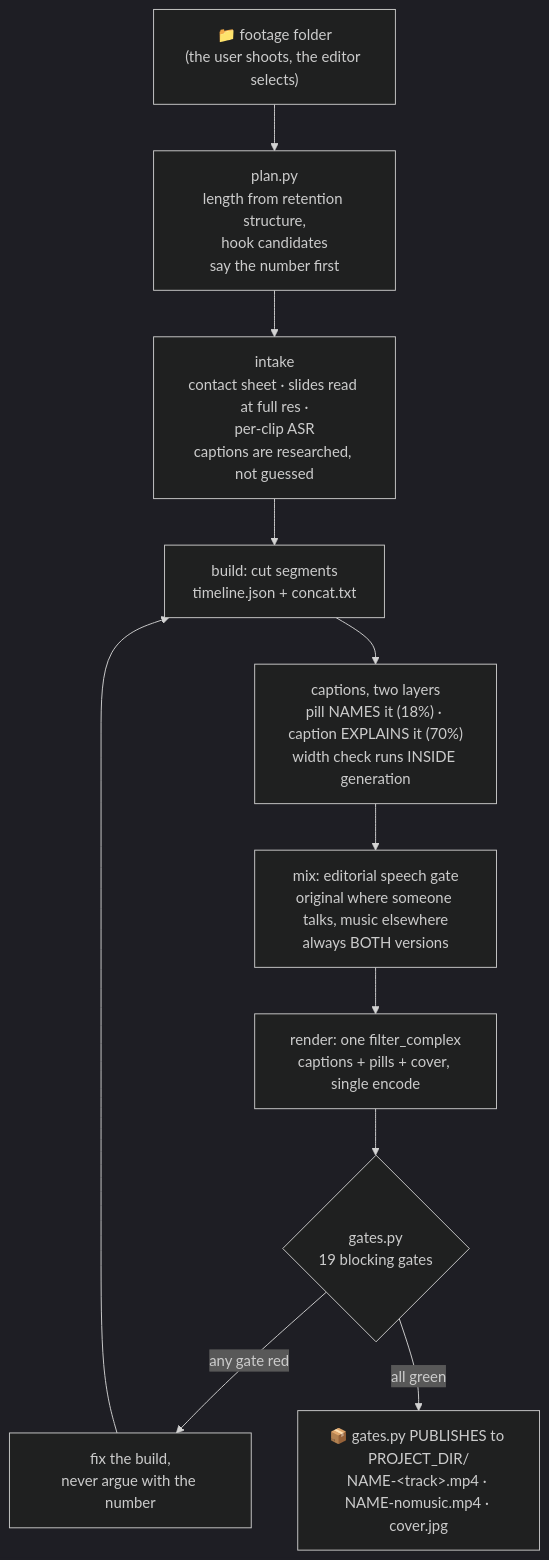
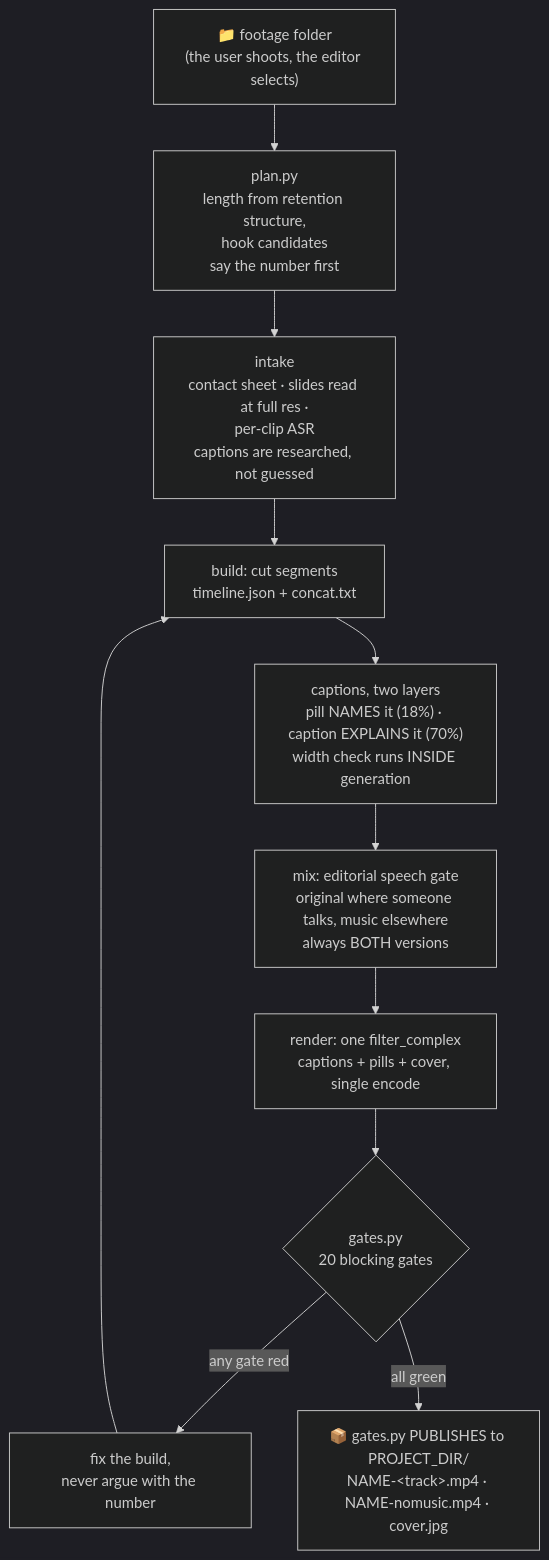
The diagram in README.md (chyiiiiiiiiiiii/yiibu), drawn with Mermaid (dark theme) before and after one commit. The commit also changed other lines of this file and 17 other files, not shown here.

````diff
--- a/README.md
+++ b/README.md
@@ -98,12 +98,12 @@
 ```mermaid
 flowchart TD
     A["📁 footage folder<br/>(the user shoots, the editor selects)"] --> P["plan.py<br/>length from retention structure,<br/>hook candidates<br/>say the number first"]
     P --> I["intake<br/>contact sheet · slides read at full res ·<br/>per-clip ASR<br/>captions are researched, not guessed"]
     I --> B["build: cut segments<br/>timeline.json + concat.txt"]
     B --> C["captions, two layers<br/>pill NAMES it (18%) · caption EXPLAINS it (70%)<br/>width check runs INSIDE generation"]
     C --> M["mix: editorial speech gate<br/>original where someone talks, music elsewhere<br/>always BOTH versions"]
     M --> R["render: one filter_complex<br/>captions + pills + cover, single encode"]
-    R --> G{"gates.py<br/>19 blocking gates"}
+    R --> G{"gates.py<br/>20 blocking gates"}
     G -->|any gate red| F["fix the build,<br/>never argue with the number"] --> B
     G -->|all green| D["📦 gates.py PUBLISHES to PROJECT_DIR/<br/>NAME-&lt;track&gt;.mp4 · NAME-nomusic.mp4 · cover.jpg"]
 ```
````
